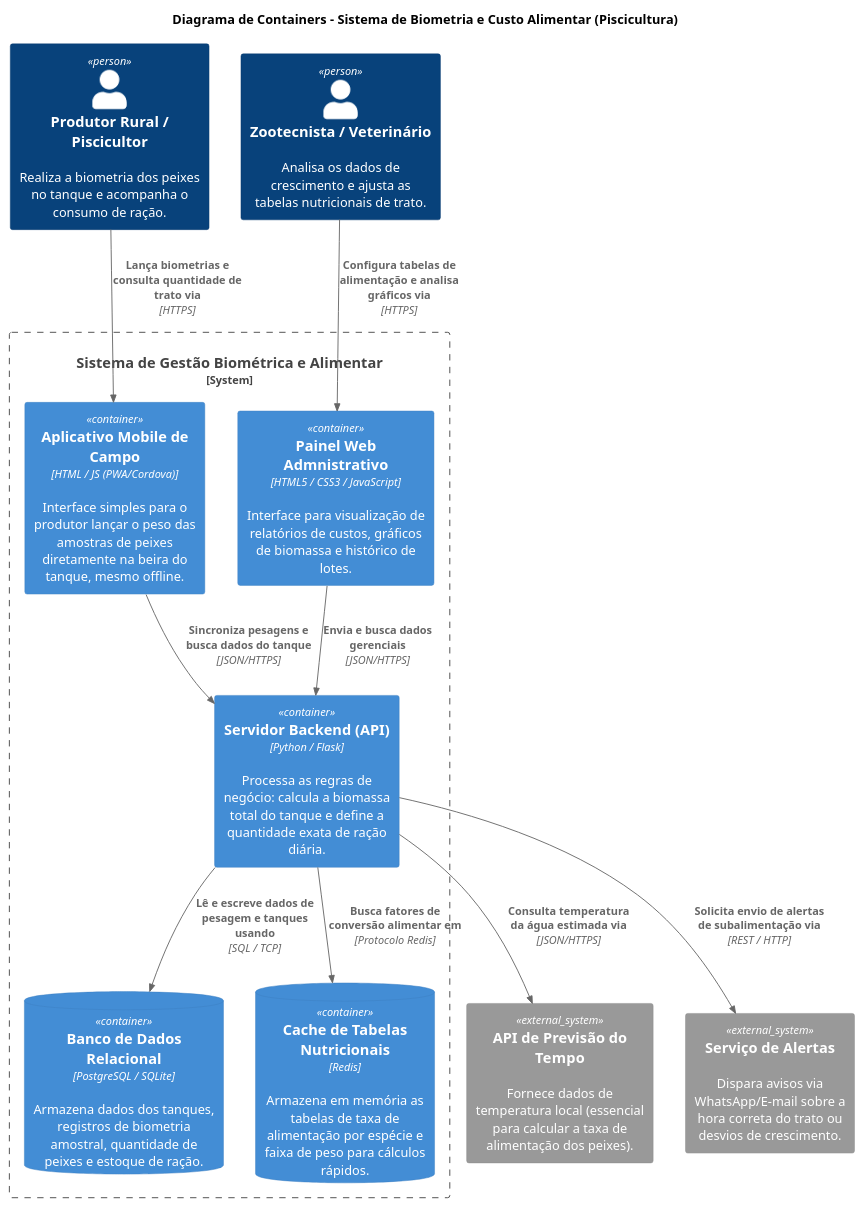
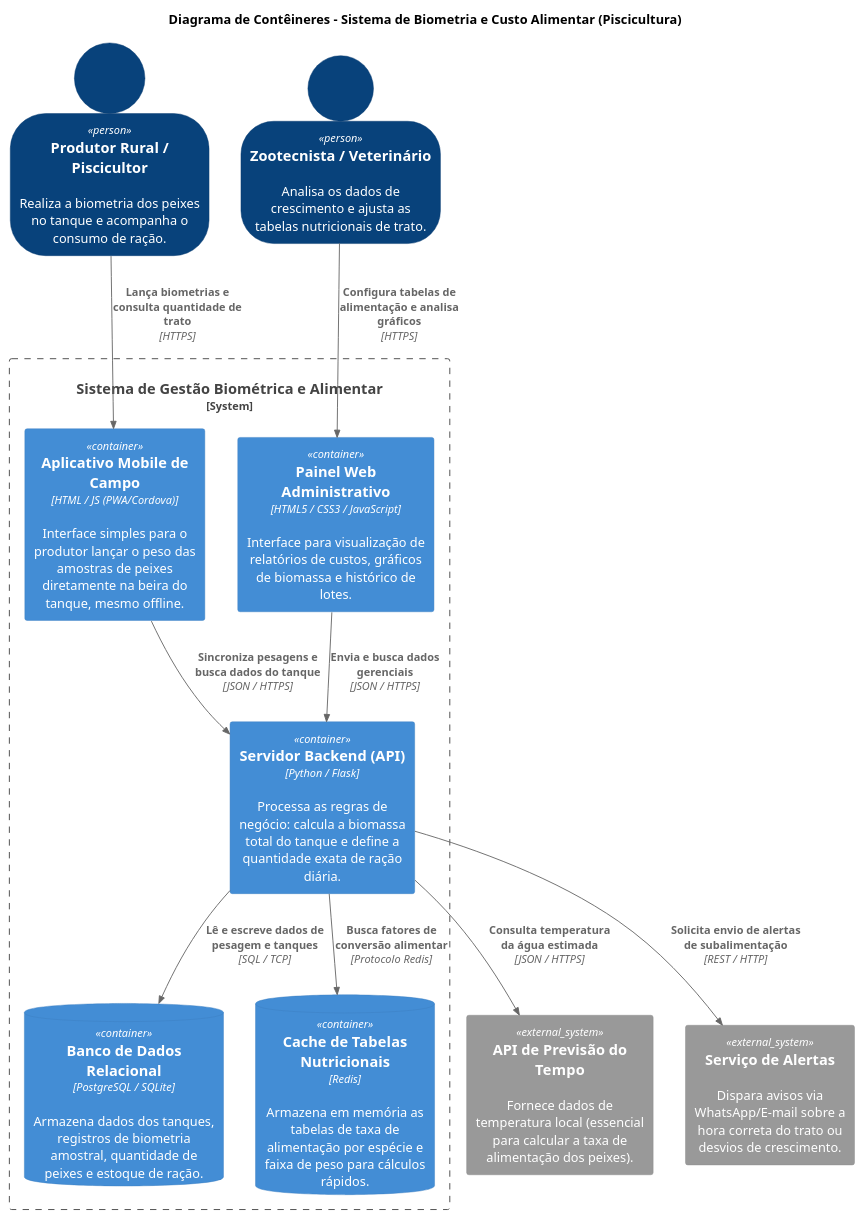
Before and after one commit to MariaLuizaGomesSouza/Projeto-Fisher: the diagram in Diagrama de Contêiner.puml, drawn with PlantUML. The commit also changed 2 other files, not shown here.

```diff
--- a/Diagrama de Contêiner.puml
+++ b/Diagrama de Contêiner.puml
@@ -1,44 +1,41 @@
 @startuml Diagrama_de_Container_Piscicultura
 !include https://raw.githubusercontent.com/plantuml-stdlib/C4-PlantUML/master/C4_Container.puml
 
-title Diagrama de Containers - Sistema de Biometria e Custo Alimentar (Piscicultura)
+SHOW_PERSON_OUTLINE()
+
+title Diagrama de Contêineres - Sistema de Biometria e Custo Alimentar (Piscicultura)
 
 ' Pessoas / Atores
 Person(produtor, "Produtor Rural / Piscicultor", "Realiza a biometria dos peixes no tanque e acompanha o consumo de ração.")
 Person(veterinario, "Zootecnista / Veterinário", "Analisa os dados de crescimento e ajusta as tabelas nutricionais de trato.")
 
 ' Sistemas Externos
 System_Ext(clima_api, "API de Previsão do Tempo", "Fornece dados de temperatura local (essencial para calcular a taxa de alimentação dos peixes).")
 System_Ext(notificacoes, "Serviço de Alertas", "Dispara avisos via WhatsApp/E-mail sobre a hora correta do trato ou desvios de crescimento.")
 
 ' Limite da Aplicação (O Sistema de Monitoramento)
 System_Boundary(sistema_piscicultura, "Sistema de Gestão Biométrica e Alimentar") {
-    
-    Container(web_app, "Painel Web Admnistrativo", "HTML5 / CSS3 / JavaScript", "Interface para visualização de relatórios de custos, gráficos de biomassa e histórico de lotes.")
-    
+    Container(web_app, "Painel Web Administrativo", "HTML5 / CSS3 / JavaScript", "Interface para visualização de relatórios de custos, gráficos de biomassa e histórico de lotes.")
     Container(mobile_app, "Aplicativo Mobile de Campo", "HTML / JS (PWA/Cordova)", "Interface simples para o produtor lançar o peso das amostras de peixes diretamente na beira do tanque, mesmo offline.")
-    
     Container(backend_api, "Servidor Backend (API)", "Python / Flask", "Processa as regras de negócio: calcula a biomassa total do tanque e define a quantidade exata de ração diária.")
-    
     ContainerDb(database, "Banco de Dados Relacional", "PostgreSQL / SQLite", "Armazena dados dos tanques, registros de biometria amostral, quantidade de peixes e estoque de ração.")
-    
     ContainerDb(cache, "Cache de Tabelas Nutricionais", "Redis", "Armazena em memória as tabelas de taxa de alimentação por espécie e faixa de peso para cálculos rápidos.")
 }
 
 ' Relacionamentos do Usuário com as Interfaces
-Rel(produtor, mobile_app, "Lança biometrias e consulta quantidade de trato via", "HTTPS")
-Rel(veterinario, web_app, "Configura tabelas de alimentação e analisa gráficos via", "HTTPS")
+Rel(produtor, mobile_app, "Lança biometrias e consulta quantidade de trato", "HTTPS")
+Rel(veterinario, web_app, "Configura tabelas de alimentação e analisa gráficos", "HTTPS")
 
 ' Relacionamentos das Interfaces com o Backend
-Rel(web_app, backend_api, "Envia e busca dados gerenciais", "JSON/HTTPS")
-Rel(mobile_app, backend_api, "Sincroniza pesagens e busca dados do tanque", "JSON/HTTPS")
+Rel(web_app, backend_api, "Envia e busca dados gerenciais", "JSON / HTTPS")
+Rel(mobile_app, backend_api, "Sincroniza pesagens e busca dados do tanque", "JSON / HTTPS")
 
 ' Relacionamentos do Backend com o Banco e Cache
-Rel(backend_api, database, "Lê e escreve dados de pesagem e tanques usando", "SQL / TCP")
-Rel(backend_api, cache, "Busca fatores de conversão alimentar em", "Protocolo Redis")
+Rel(backend_api, database, "Lê e escreve dados de pesagem e tanques", "SQL / TCP")
+Rel(backend_api, cache, "Busca fatores de conversão alimentar", "Protocolo Redis")
 
 ' Relacionamentos do Backend com Sistemas Externos
-Rel(backend_api, clima_api, "Consulta temperatura da água estimada via", "JSON/HTTPS")
-Rel(backend_api, notificacoes, "Solicita envio de alertas de subalimentação via", "REST / HTTP")
+Rel(backend_api, clima_api, "Consulta temperatura da água estimada", "JSON / HTTPS")
+Rel(backend_api, notificacoes, "Solicita envio de alertas de subalimentação", "REST / HTTP")
 
 @enduml
```
